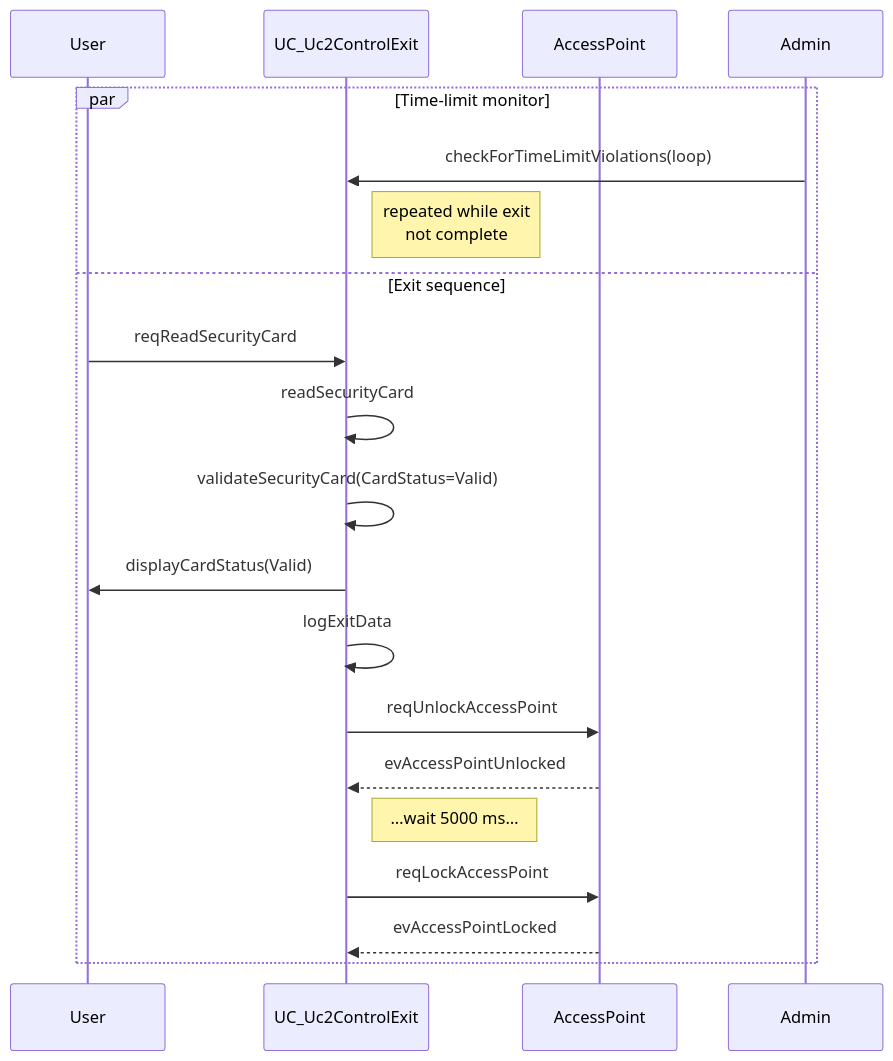
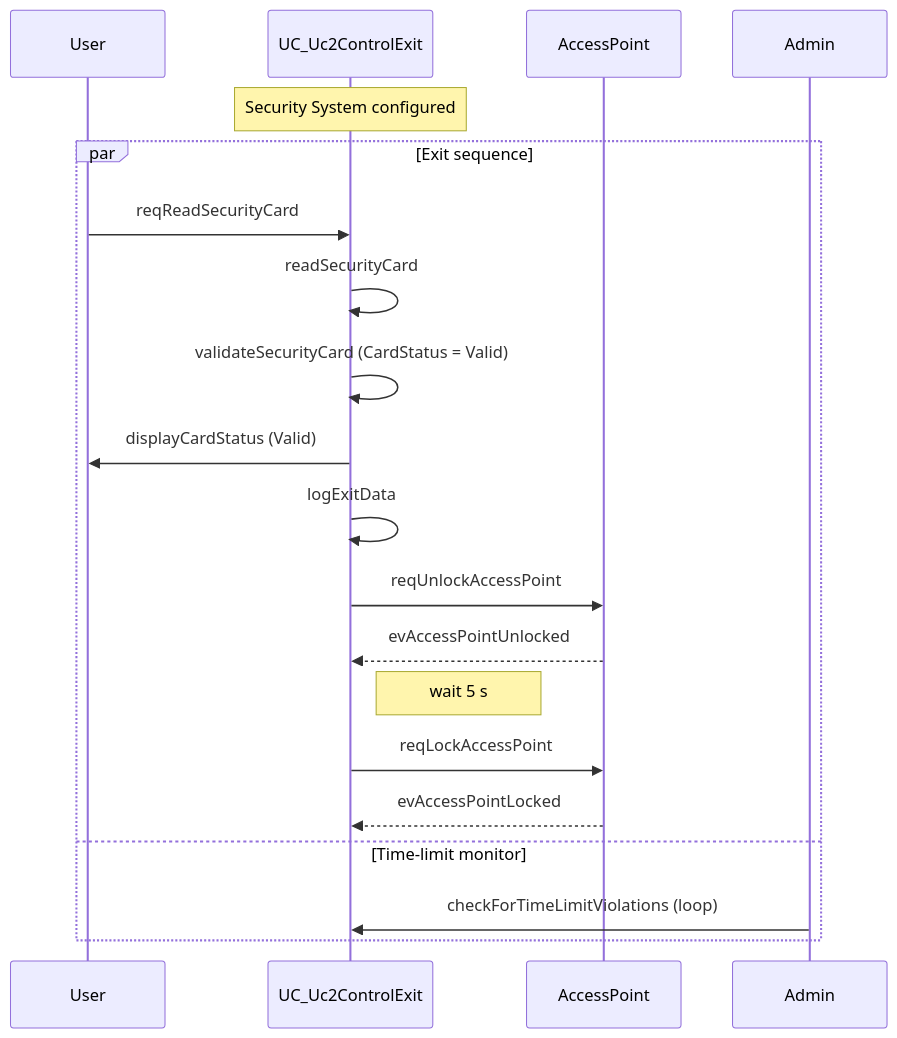
The diagram in code/diagram10_2.mmd (musel25/lab_software_eng), drawn with Mermaid before and after one commit. The commit also changed 2 other files, not shown here.

```diff
--- a/code/diagram10_2.mmd
+++ b/code/diagram10_2.mmd
@@ -1,23 +1,27 @@
 sequenceDiagram
+    %% lifelines
     participant User
     participant System as UC_Uc2ControlExit
     participant AccessPoint
     participant Admin
 
-    par Time-limit monitor
-        Admin ->> System : checkForTimeLimitViolations(loop)
-        Note right of System: repeated while exit<br/>not complete
-    and Exit sequence
-        User  ->> System : reqReadSecurityCard
-        System ->> System : readSecurityCard
-        System ->> System : validateSecurityCard(CardStatus=Valid)
-        System ->> User   : displayCardStatus(Valid)
+    %% pre-condition
+    Note over System: Security System configured
 
-        System ->> System : logExitData
+    %% parallel regions
+    par Exit sequence
+        User  ->> System       : reqReadSecurityCard
+        System ->> System      : readSecurityCard
+        System ->> System      : validateSecurityCard  (CardStatus = Valid)
+        System ->> User        : displayCardStatus     (Valid)
+
+        System ->> System      : logExitData
         System ->> AccessPoint : reqUnlockAccessPoint
         AccessPoint -->> System : evAccessPointUnlocked
 
-        Note right of System: …wait 5000 ms…
+        Note right of System: wait 5 s
         System ->> AccessPoint : reqLockAccessPoint
         AccessPoint -->> System : evAccessPointLocked
+    and Time-limit monitor
+        Admin ->> System : checkForTimeLimitViolations  (loop)
     end
```
